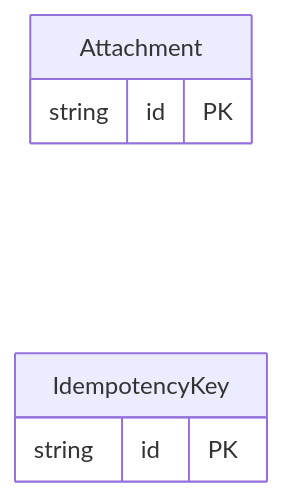
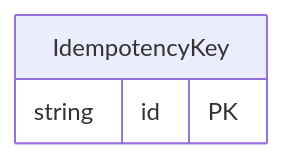
The diagram in protobuf/generated/prisma/freebusy/shared/README.md (shokki-engineering/freebusy), drawn with Mermaid before and after one commit. The commit also changed other lines of this file and 1414 other files, not shown here.

````diff
--- a/protobuf/generated/prisma/freebusy/shared/README.md
+++ b/protobuf/generated/prisma/freebusy/shared/README.md
@@ -13,10 +13,7 @@
 ```mermaid
 erDiagram
     direction LR
-    Attachment {
-        string id PK
-    }
     IdempotencyKey {
         string id PK
     }
 ```
````
